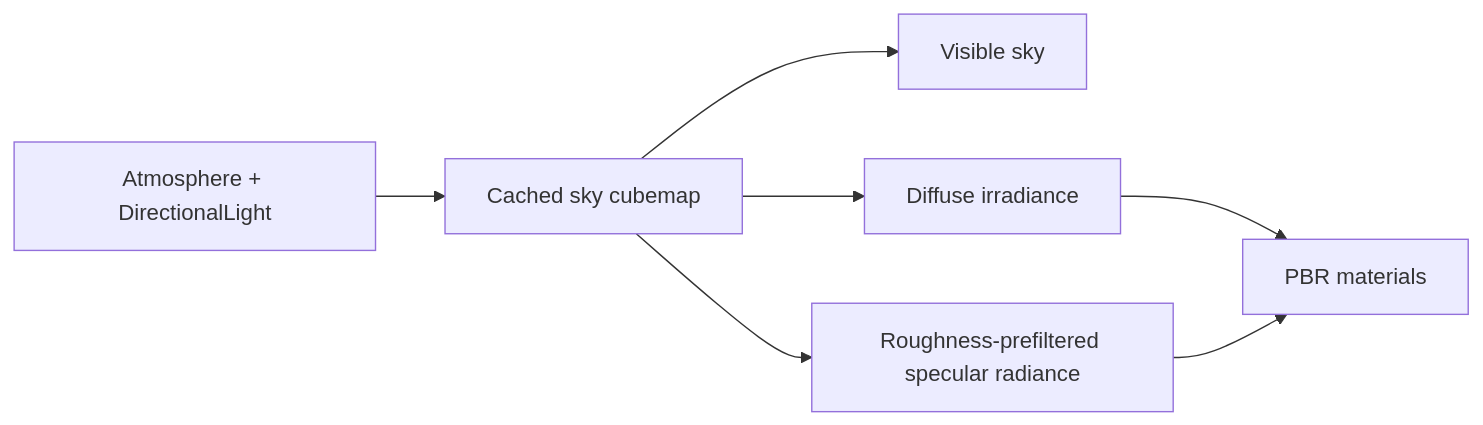
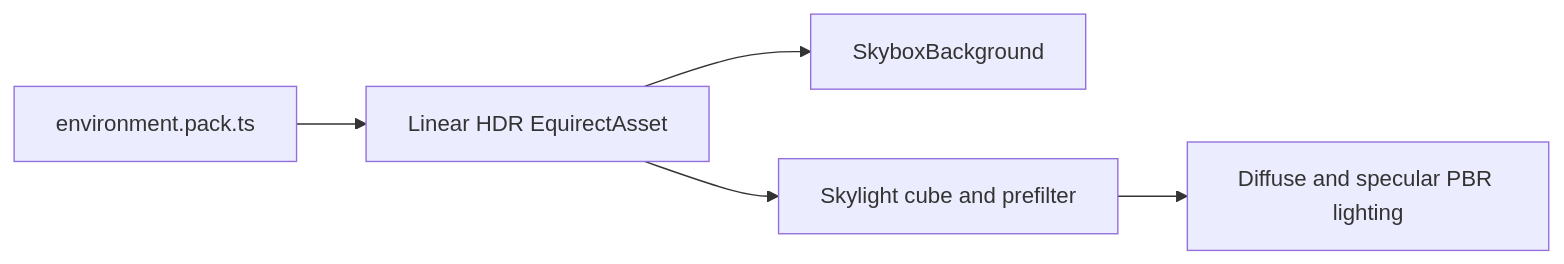
The second of 2 diagrams in packages/engine/templates/game-3d/README.md (ForgeaX-Games/forgeax-editor), drawn with Mermaid before and after one commit. The commit also changed other lines of this file and 3543 other files, not shown here.

````diff
--- a/packages/engine/templates/game-3d/README.md
+++ b/packages/engine/templates/game-3d/README.md
@@ -104,9 +109,7 @@
 ```mermaid
 flowchart LR
-    A["Atmosphere + DirectionalLight"] --> B["Cached sky cubemap"]
-    B --> C["Visible sky"]
-    B --> D["Diffuse irradiance"]
-    B --> E["Roughness-prefiltered specular radiance"]
-    D --> F["PBR materials"]
-    E --> F
+    A["environment.pack.ts"] --> B["Linear HDR EquirectAsset"]
+    B --> C["SkyboxBackground"]
+    B --> D["Skylight cube and prefilter"]
+    D --> E["Diffuse and specular PBR lighting"]
 ```
````
